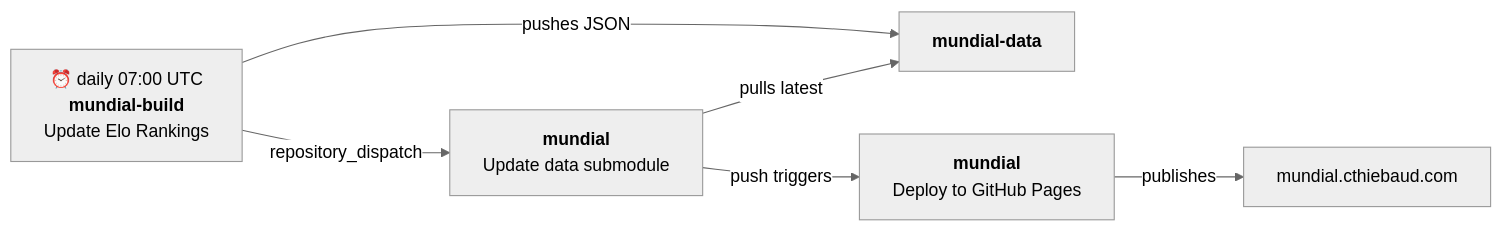
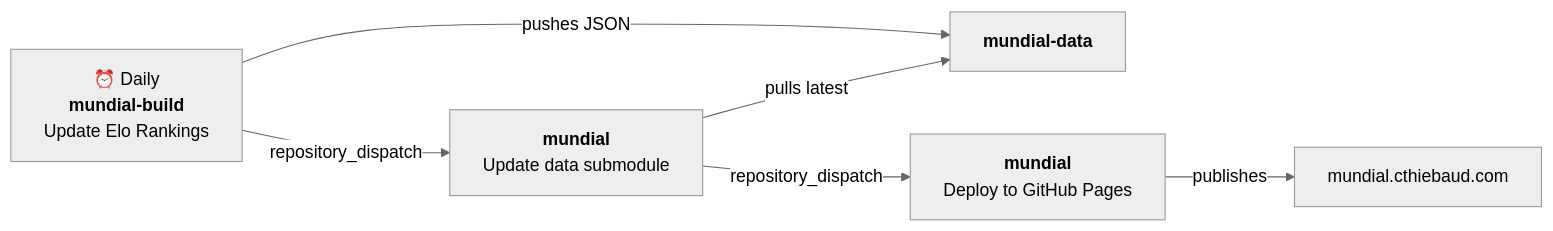
The second of 2 diagrams in profile/README.md (born-in-plays-for/.github), drawn with Mermaid (neutral theme) before and after one commit. The commit also changed other lines of this file, not shown here.

First line of the commit message:
docs: document automated GitHub Pages deployment in CI flow

````diff
--- a/profile/README.md
+++ b/profile/README.md
@@ -44,8 +44,8 @@
 ```mermaid
 graph LR
-    A["⏰ daily 07:00 UTC<br/><b>mundial-build</b><br/>Update Elo Rankings"] -- pushes JSON --> B["<b>mundial-data</b>"]
+    A["⏰ Daily<br/><b>mundial-build</b><br/>Update Elo Rankings"] -- pushes JSON --> B["<b>mundial-data</b>"]
     A -- repository_dispatch --> C["<b>mundial</b><br/>Update data submodule"]
     C -- pulls latest --> B
-    C -- push triggers --> D["<b>mundial</b><br/>Deploy to GitHub Pages"]
+    C -- repository_dispatch --> D["<b>mundial</b><br/>Deploy to GitHub Pages"]
     D -- publishes --> E["mundial.cthiebaud.com"]
 ```
````
